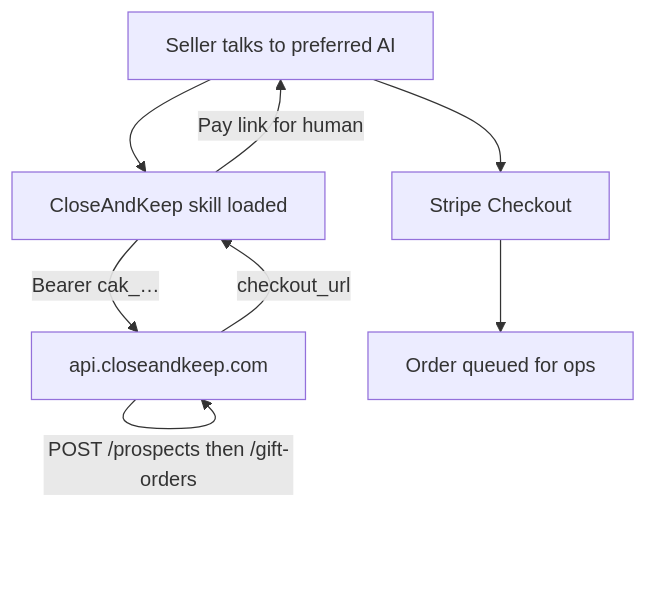
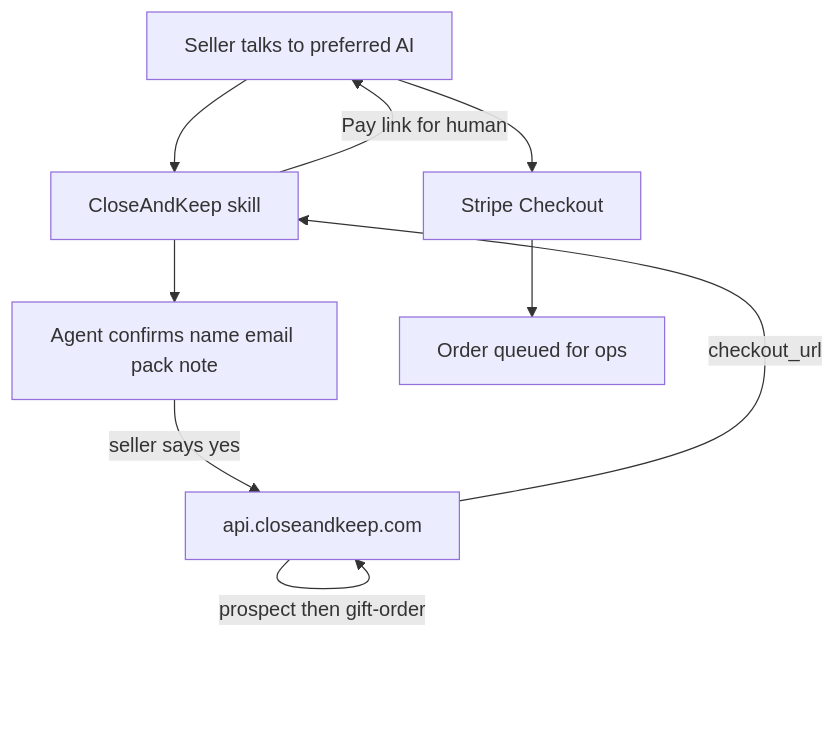
The diagram in docs/headless-ai-orders.md (CloseAndKeep/CloseAndKeep), drawn with Mermaid before and after one commit. The commit also changed other lines of this file, not shown here.

First line of the commit message:
Harden headless AI orders draft with review findings

````diff
--- a/docs/headless-ai-orders.md
+++ b/docs/headless-ai-orders.md
@@ -15,16 +15,18 @@
 ```mermaid
 flowchart TD
   seller[Seller talks to preferred AI]
-  skill[CloseAndKeep skill loaded]
+  confirm[Agent confirms name email pack note]
+  skill[CloseAndKeep skill]
   api[api.closeandkeep.com]
   stripe[Stripe Checkout]
   queue[Order queued for ops]
 
   seller --> skill
-  skill -->|"Bearer cak_…"| api
-  api -->|"POST /prospects then /gift-orders"| api
+  skill --> confirm
+  confirm -->|seller says yes| api
+  api -->|"prospect then gift-order"| api
   api -->|checkout_url| skill
   skill -->|"Pay link for human"| seller
   seller --> stripe
   stripe --> queue
 ```
````
